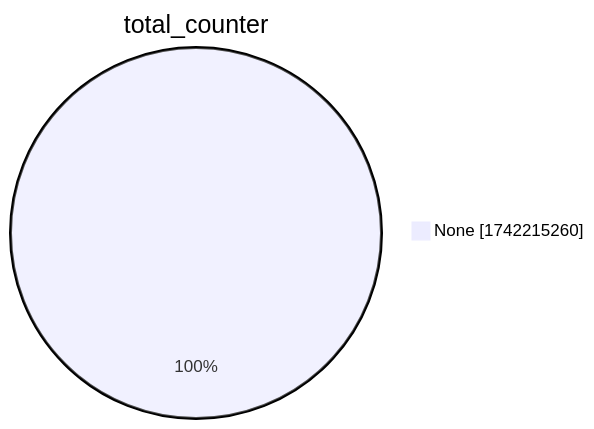
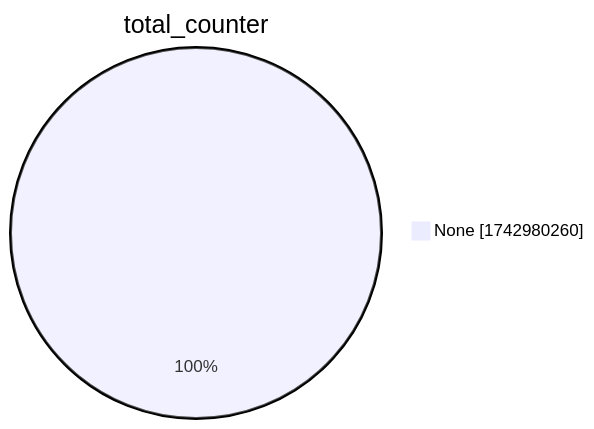
Before and after one commit to christiankrug/ctmonitor_visualization: the second of 15 diagrams in xenon2022/README.md, drawn with Mermaid. The commit also changed other lines of this file, not shown here.

````diff
--- a/xenon2022/README.md
+++ b/xenon2022/README.md
@@ -9,5 +9,5 @@
 ```mermaid
 pie showData
 title total_counter
-"None" :1742215260
+"None" :1742980260
 ```
````
